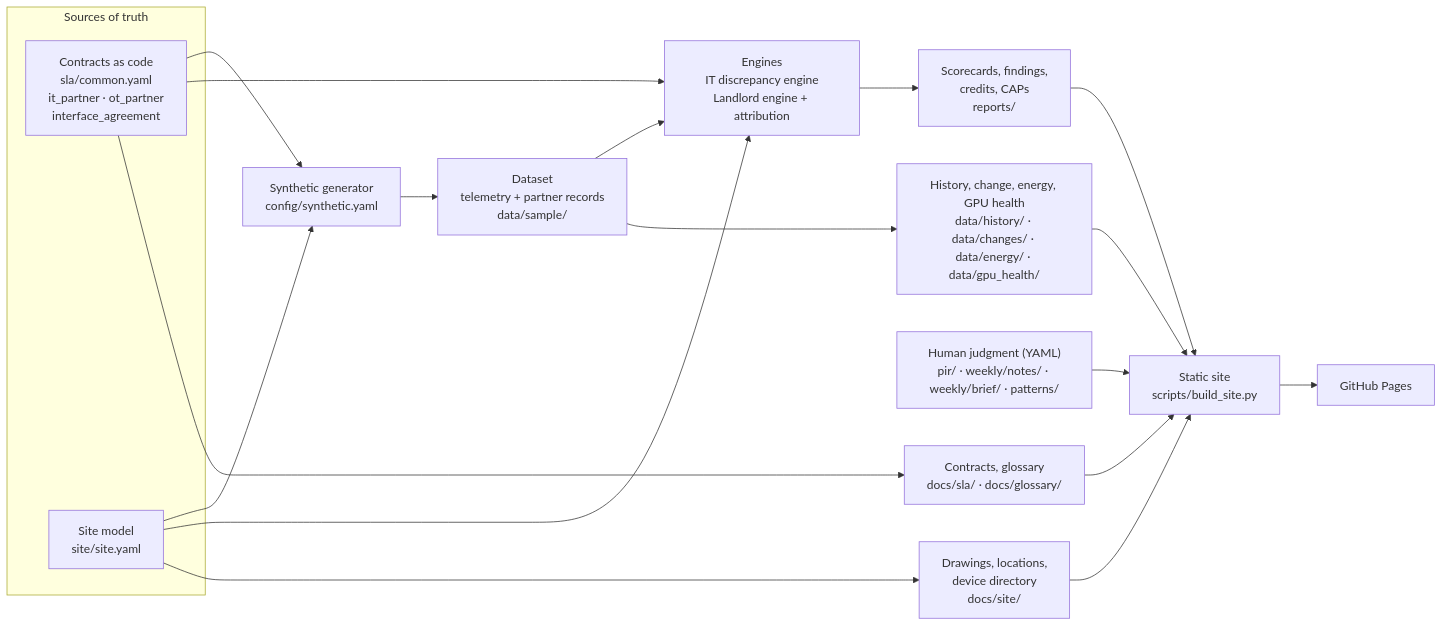
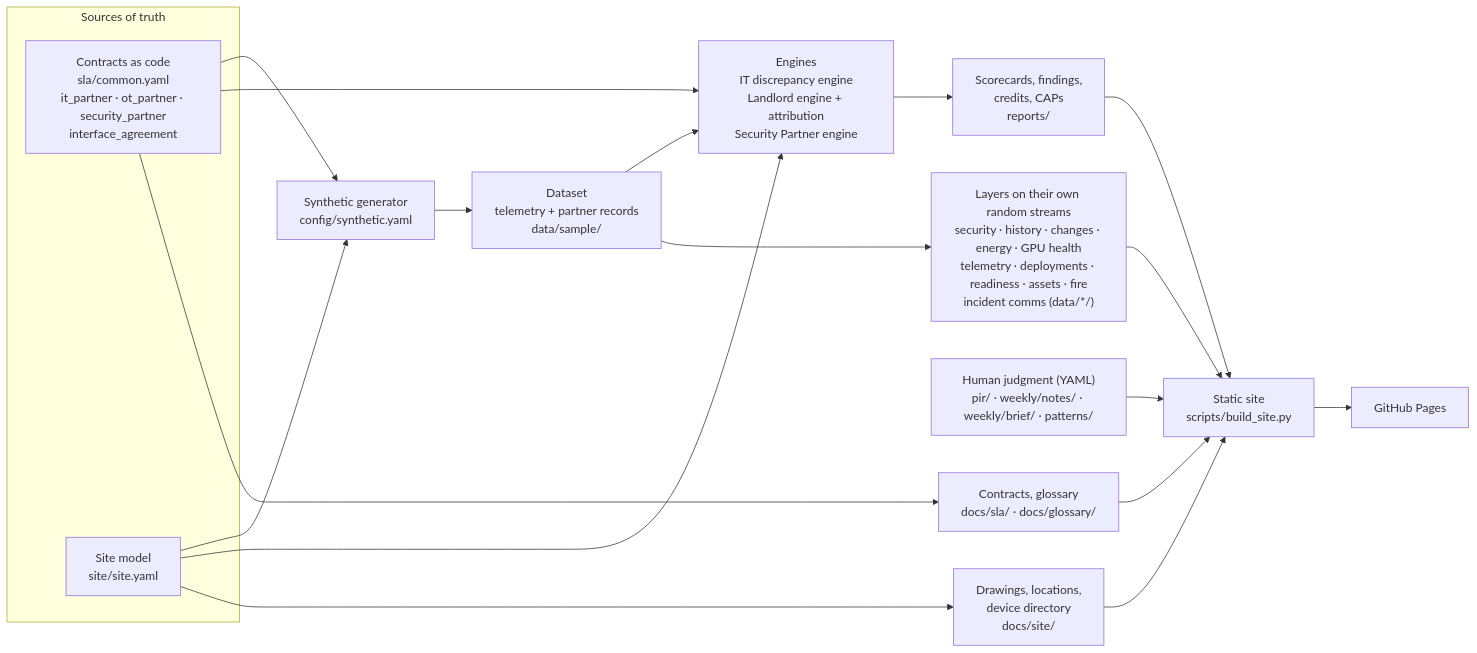
One commit to JasonMossotti/dco-vendor-scorecard changed the diagram in README.md. Above: the diagram before and after it, drawn with Mermaid. The commit also changed other lines of this file and 34 other files, not shown here.

First line of the commit message:
Documentation check: README, screenshots, live readiness, data model, guide

````diff
--- a/README.md
+++ b/README.md
@@ -54,24 +54,24 @@
 ```mermaid
 flowchart LR
   subgraph truth[Sources of truth]
-    SLA["Contracts as code<br/>sla/common.yaml<br/>it_partner · ot_partner<br/>interface_agreement"]
+    SLA["Contracts as code<br/>sla/common.yaml<br/>it_partner · ot_partner · security_partner<br/>interface_agreement"]
     SITE["Site model<br/>site/site.yaml"]
   end
   GEN["Synthetic generator<br/>config/synthetic.yaml"]
   GEN --> DATA["Dataset<br/>telemetry + partner records<br/>data/sample/"]
   SITE --> GEN
   SLA --> GEN
-  DATA --> ENG["Engines<br/>IT discrepancy engine<br/>Landlord engine + attribution"]
+  DATA --> ENG["Engines<br/>IT discrepancy engine<br/>Landlord engine + attribution<br/>Security Partner engine"]
   SLA --> ENG
   SITE --> ENG
   ENG --> REP["Scorecards, findings,<br/>credits, CAPs<br/>reports/"]
-  DATA --> HIST["History, change, energy, GPU health<br/>data/history/ · data/changes/ · data/energy/ · data/gpu_health/"]
+  DATA --> HIST["Layers on their own random streams<br/>security · history · changes · energy · GPU health<br/>telemetry · deployments · readiness · assets · fire<br/>incident comms (data/*/)"]
   REP --> PAGES
   HIST --> PAGES
   JUDG["Human judgment (YAML)<br/>pir/ · weekly/notes/ · weekly/brief/ · patterns/"] --> PAGES
   SLA --> DOCS["Contracts, glossary<br/>docs/sla/ · docs/glossary/"]
   SITE --> DWG["Drawings, locations,<br/>device directory<br/>docs/site/"]
   DOCS --> PAGES
   DWG --> PAGES
   PAGES["Static site<br/>scripts/build_site.py"] --> GH["GitHub Pages"]
 ```
````
